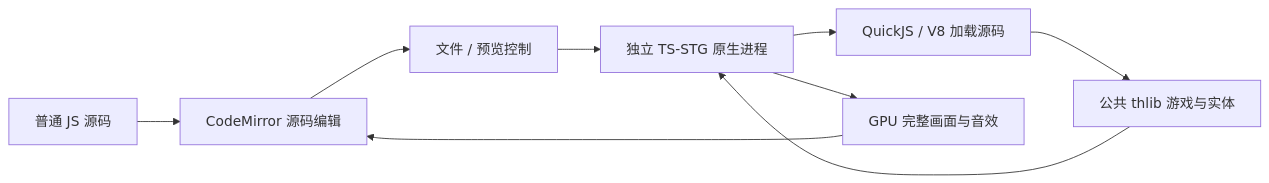
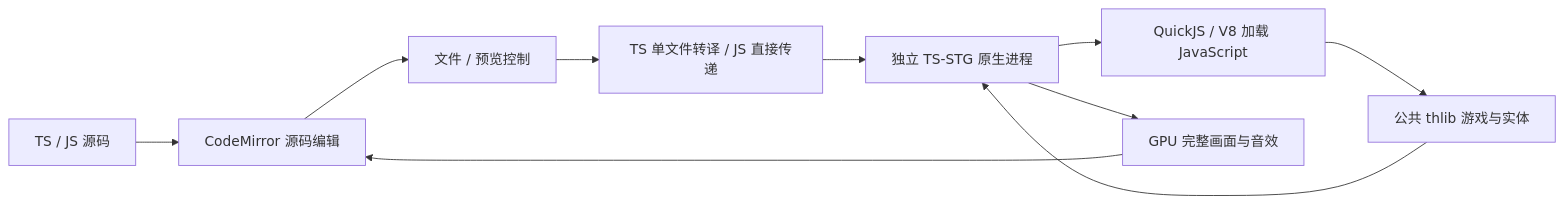
The diagram in docs/spellcard-editor.md (Oracatt/TS-STG), drawn with Mermaid before and after one commit. The commit also changed other lines of this file and 673 other files, not shown here.

Commit message:
Migrate thlib, demos and editor to strict TypeScript

````diff
--- a/docs/spellcard-editor.md
+++ b/docs/spellcard-editor.md
@@ -139,11 +148,12 @@
 ```mermaid
 flowchart LR
-  Code[普通 JS 源码] --> Editor[CodeMirror 源码编辑]
+  Code[TS / JS 源码] --> Editor[CodeMirror 源码编辑]
   Editor --> Bridge[文件 / 预览控制]
-  Bridge --> Native[独立 TS-STG 原生进程]
-  Native --> Module[QuickJS / V8 加载源码]
+  Bridge --> Compile[TS 单文件转译 / JS 直接传递]
+  Compile --> Native[独立 TS-STG 原生进程]
+  Native --> Module[QuickJS / V8 加载 JavaScript]
   Module --> Library[公共 thlib 游戏与实体]
   Library --> Native
   Native --> Pixels[GPU 完整画面与音效]
   Pixels --> Editor
 ```
````
